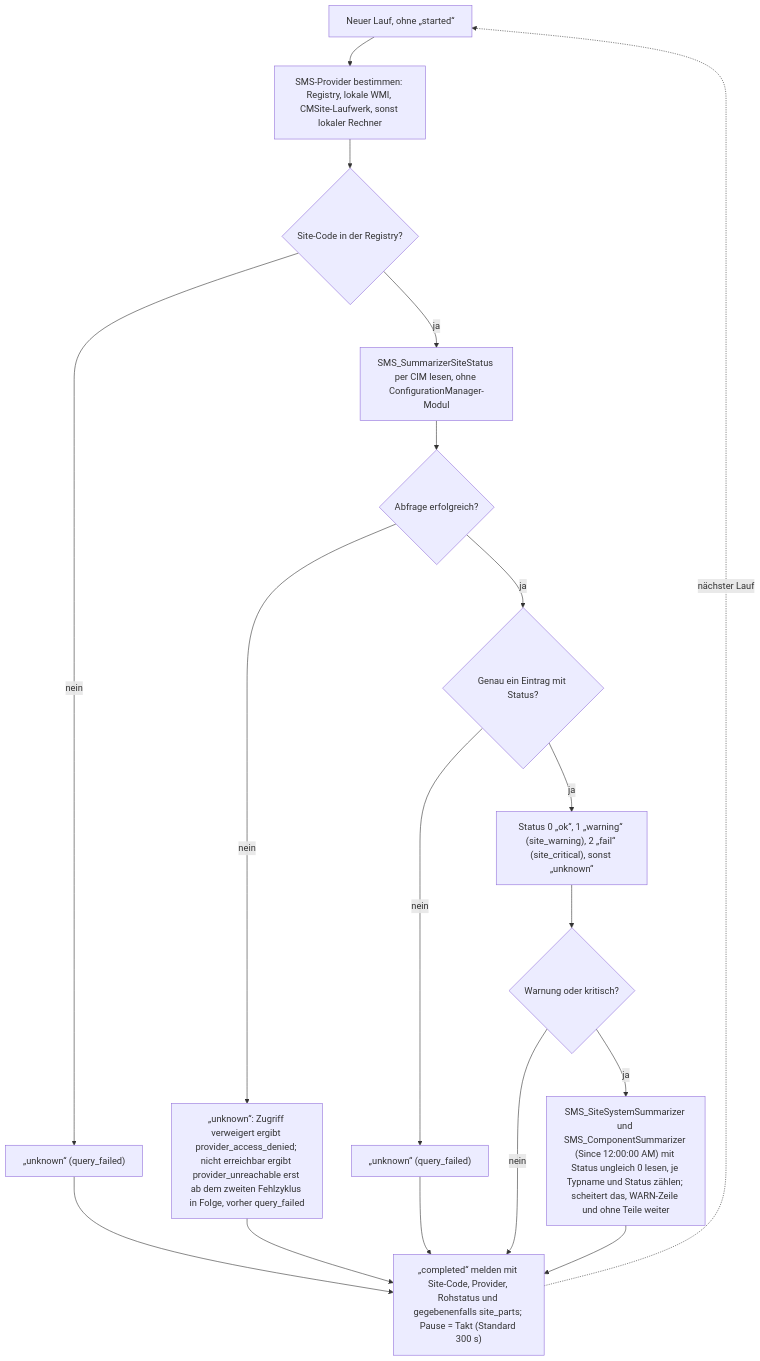
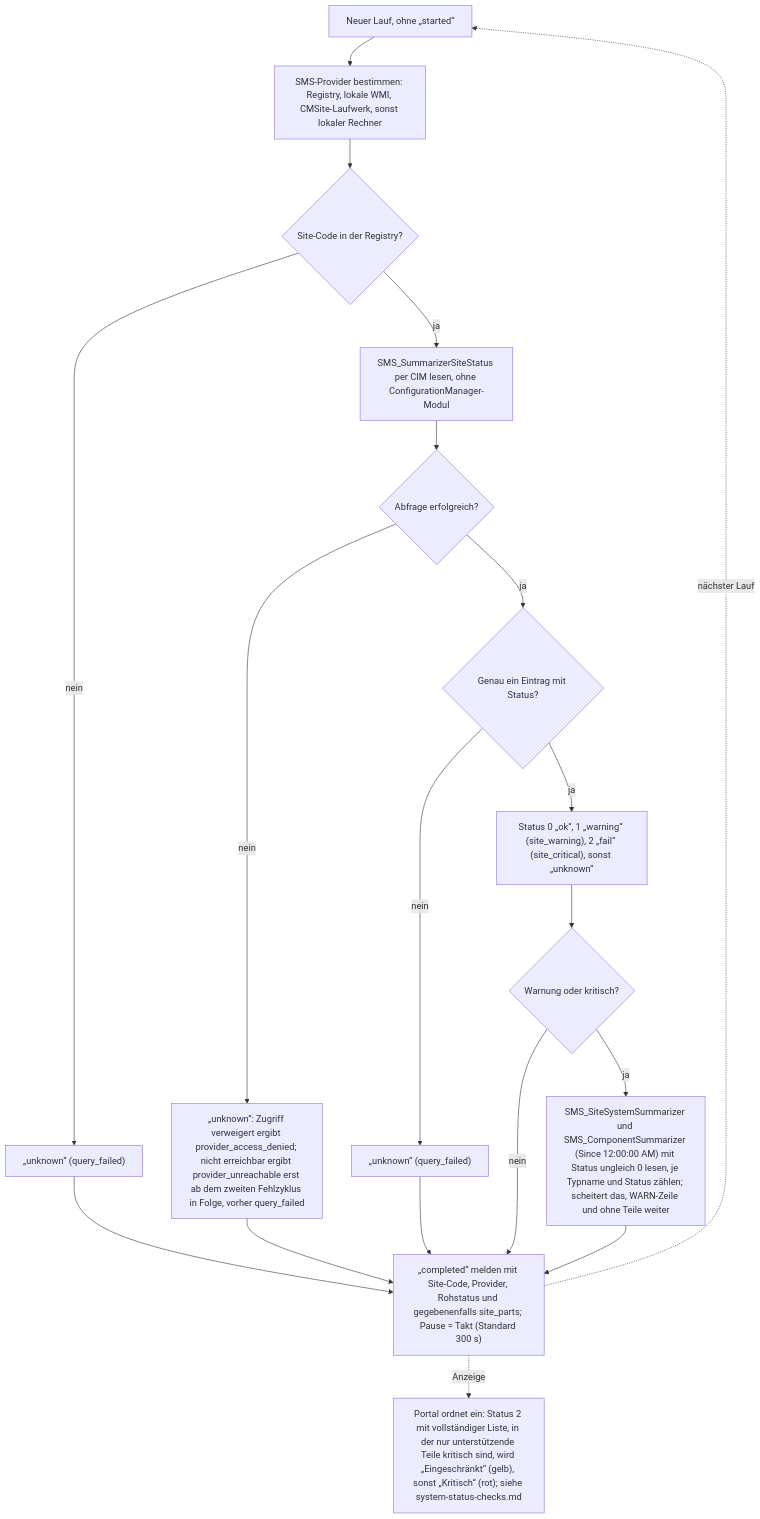
Before and after one commit to Samy94M/VirtuSphere-v2-WebApp: the fifth of 5 diagrams in docs/operations/mecm-scheduled-tasks.md, drawn with Mermaid. The commit also changed other lines of this file and 12 other files, not shown here.

````diff
--- a/docs/operations/mecm-scheduled-tasks.md
+++ b/docs/operations/mecm-scheduled-tasks.md
@@ -163,17 +163,18 @@
 ```mermaid
 flowchart TD
   S["Neuer Lauf, ohne „started“"] --> P["SMS-Provider bestimmen: Registry, lokale WMI, CMSite-Laufwerk, sonst lokaler Rechner"]
   P --> K{"Site-Code in der Registry?"}
   K -->|nein| U1["„unknown“ (query_failed)"] --> R
   K -->|ja| Q["SMS_SummarizerSiteStatus per CIM lesen, ohne ConfigurationManager-Modul"]
   Q --> QA{"Abfrage erfolgreich?"}
   QA -->|nein| U2["„unknown“: Zugriff verweigert ergibt provider_access_denied; nicht erreichbar ergibt provider_unreachable erst ab dem zweiten Fehlzyklus in Folge, vorher query_failed"] --> R
   QA -->|ja| E{"Genau ein Eintrag mit Status?"}
   E -->|nein| U3["„unknown“ (query_failed)"] --> R
   E -->|ja| M["Status 0 „ok“, 1 „warning“ (site_warning), 2 „fail“ (site_critical), sonst „unknown“"]
   M --> W{"Warnung oder kritisch?"}
   W -->|nein| R
   W -->|ja| T["SMS_SiteSystemSummarizer und SMS_ComponentSummarizer (Since 12:00:00 AM) mit Status ungleich 0 lesen, je Typname und Status zählen; scheitert das, WARN-Zeile und ohne Teile weiter"] --> R
   R["„completed“ melden mit Site-Code, Provider, Rohstatus und gegebenenfalls site_parts; Pause = Takt (Standard 300 s)"]
   R -.->|nächster Lauf| S
+  R -.->|Anzeige| PB["Portal ordnet ein: Status 2 mit vollständiger Liste, in der nur unterstützende Teile kritisch sind, wird „Eingeschränkt“ (gelb), sonst „Kritisch“ (rot); siehe system-status-checks.md"]
 ```
````
